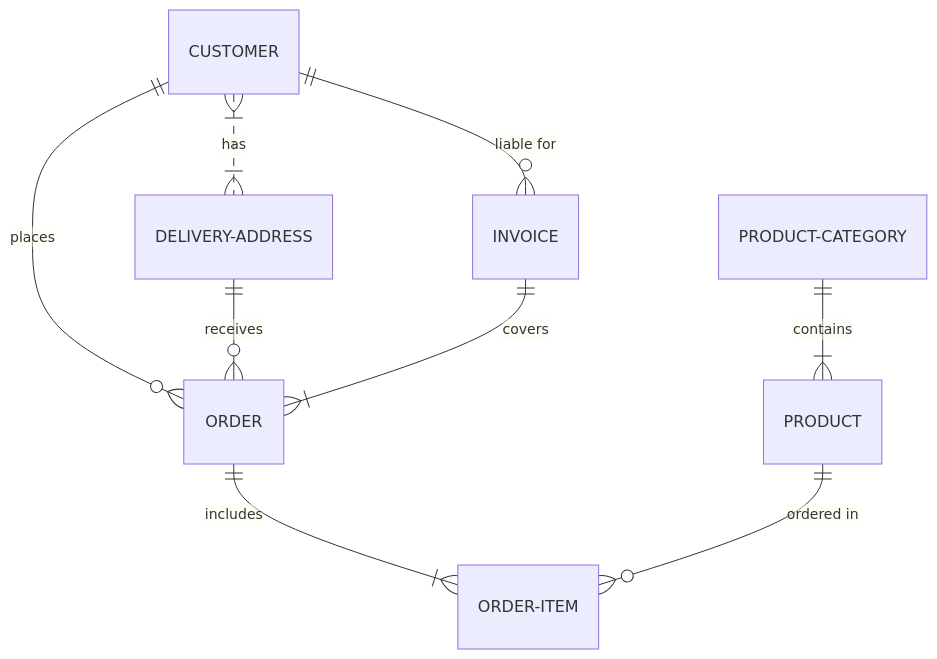
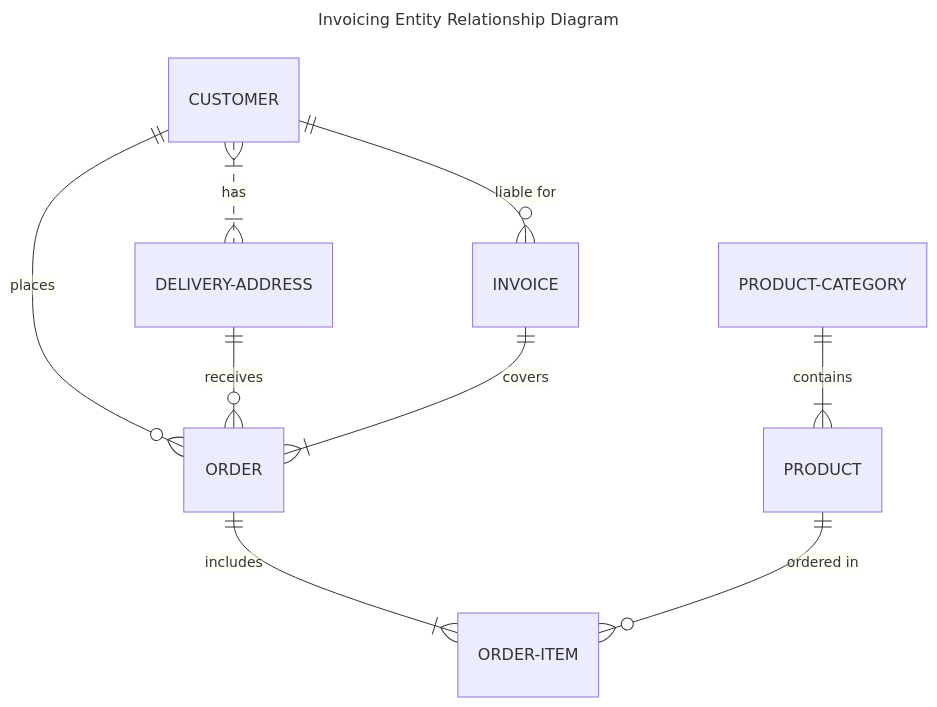
The second of 8 diagrams in docs/mermaid.md (jcouball/notes), drawn with Mermaid before and after one commit. The commit also changed other lines of this file and 1 other file, not shown here.

Commit message:
Update Mermaid examples (#13)

````diff
--- a/docs/mermaid.md
+++ b/docs/mermaid.md
@@ -41,11 +48,14 @@
 ``` mermaid
+---
+title: Invoicing Entity Relationship Diagram
+---
 erDiagram
   CUSTOMER }|..|{ DELIVERY-ADDRESS : has
   CUSTOMER ||--o{ ORDER : places
   CUSTOMER ||--o{ INVOICE : "liable for"
   DELIVERY-ADDRESS ||--o{ ORDER : receives
   INVOICE ||--|{ ORDER : covers
   ORDER ||--|{ ORDER-ITEM : includes
   PRODUCT-CATEGORY ||--|{ PRODUCT : contains
   PRODUCT ||--o{ ORDER-ITEM : "ordered in"
 ```
````
